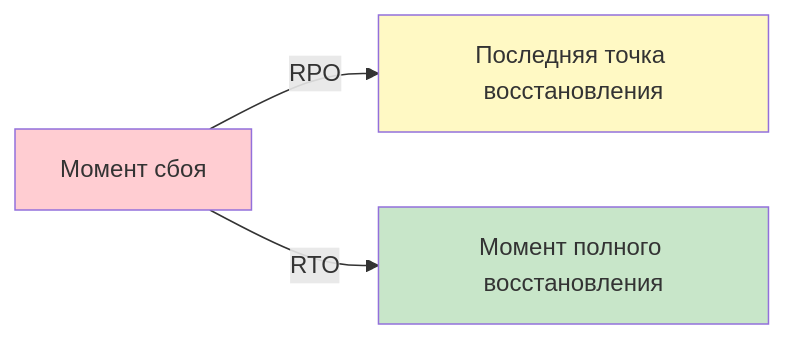
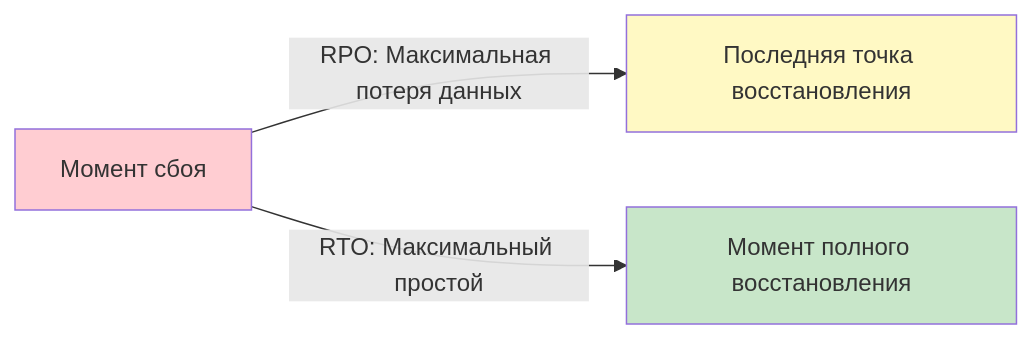
Before and after one commit to Dzhambulat-Kagermanov/obsidian-vault: the ninth of 10 diagrams in DevOps/Сетевое и системное администрирование/0. Введение и методология/4. Основы проектирования отказоустойчивой инфраструктуры.md, drawn with Mermaid. The commit also changed other lines of this file, not shown here.

````diff
--- a/DevOps/Сетевое и системное администрирование/0. Введение и методология/4. Основы проектирования отказоустойчивой инфраструктуры.md
+++ b/DevOps/Сетевое и системное администрирование/0. Введение и методология/4. Основы проектирования отказоустойчивой инфраструктуры.md
@@ -728,9 +728,9 @@
 ```mermaid
 graph LR
-    T0[Момент сбоя] -->|RPO| T1[Последняя точка восстановления]
-    T0 -->|RTO| T2[Момент полного восстановления]
+    T0[Момент сбоя] -->|RPO: Максимальная потеря данных| T1[Последняя точка восстановления]
+    T0 -->|RTO: Максимальный простой| T2[Момент полного восстановления]
     
     style T0 fill:#ffcdd2
     style T1 fill:#fff9c4
     style T2 fill:#c8e6c9
 ```
````
